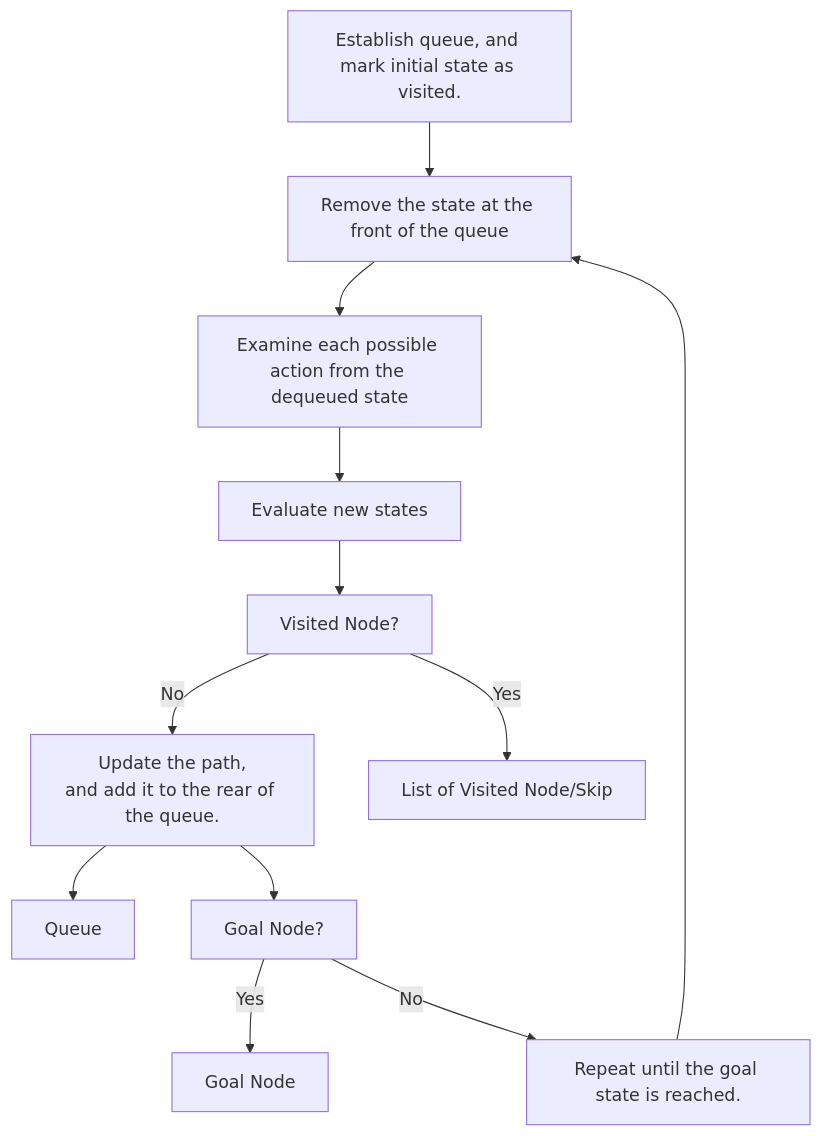
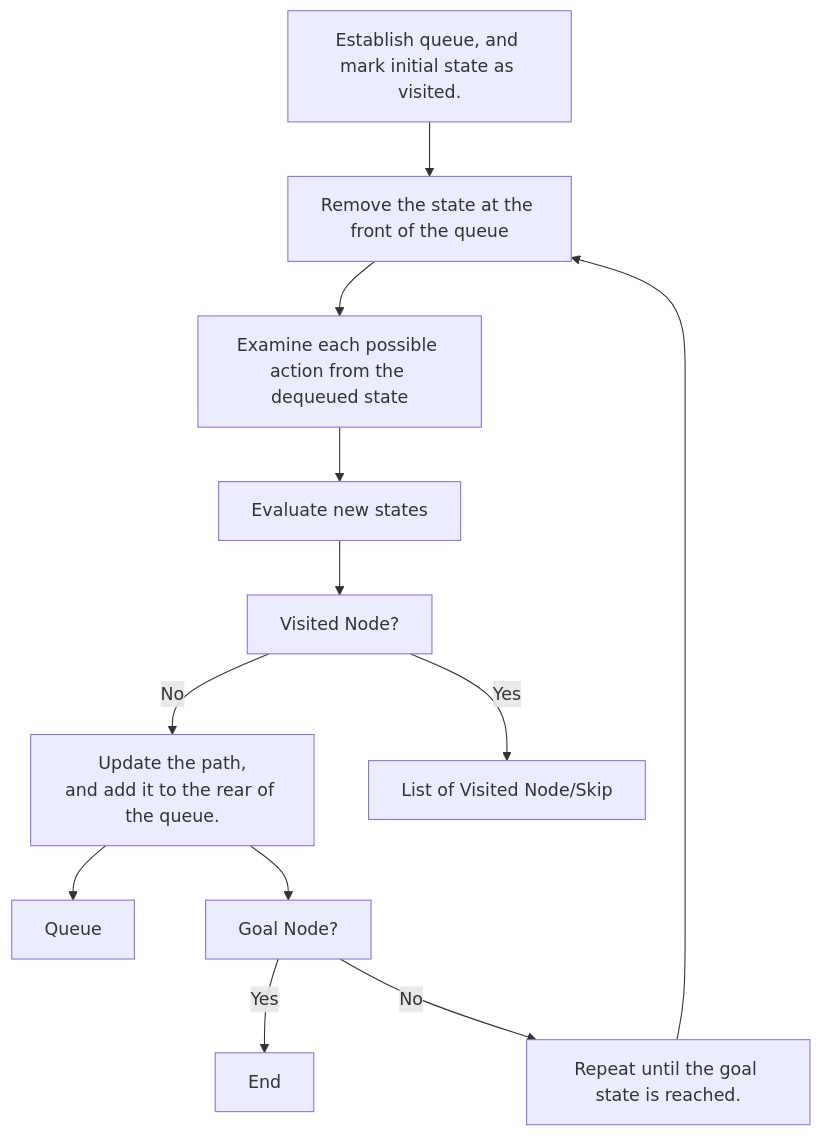
One commit to NosrevytsNg/Taxi-v3-Search-Agent changed the third of 3 diagrams in README.md. Above: the diagram before and after it, drawn with Mermaid. The commit also changed other lines of this file, not shown here.

````diff
--- a/README.md
+++ b/README.md
@@ -139,16 +139,16 @@
 ```mermaid
 flowchart TD
 
 A[Establish queue, and mark initial state as visited.]
 A --> B[Remove the state at the front of the queue]
 B --> C[Examine each possible action from the dequeued state]
 C --> D[Evaluate new states]
 D --> Y[Visited Node?]
 Y -->|No| E[Update the path,<br>and add it to the rear of the queue.]
 Y -->|Yes| X[List of Visited Node/Skip]
 E --> W[Queue]
 E --> Z[Goal Node?]
-Z --> |Yes| U[Goal Node]
+Z --> |Yes| U[End]
 Z --> |No| F[Repeat until the goal state is reached.]
 F --> B
 ```
````
